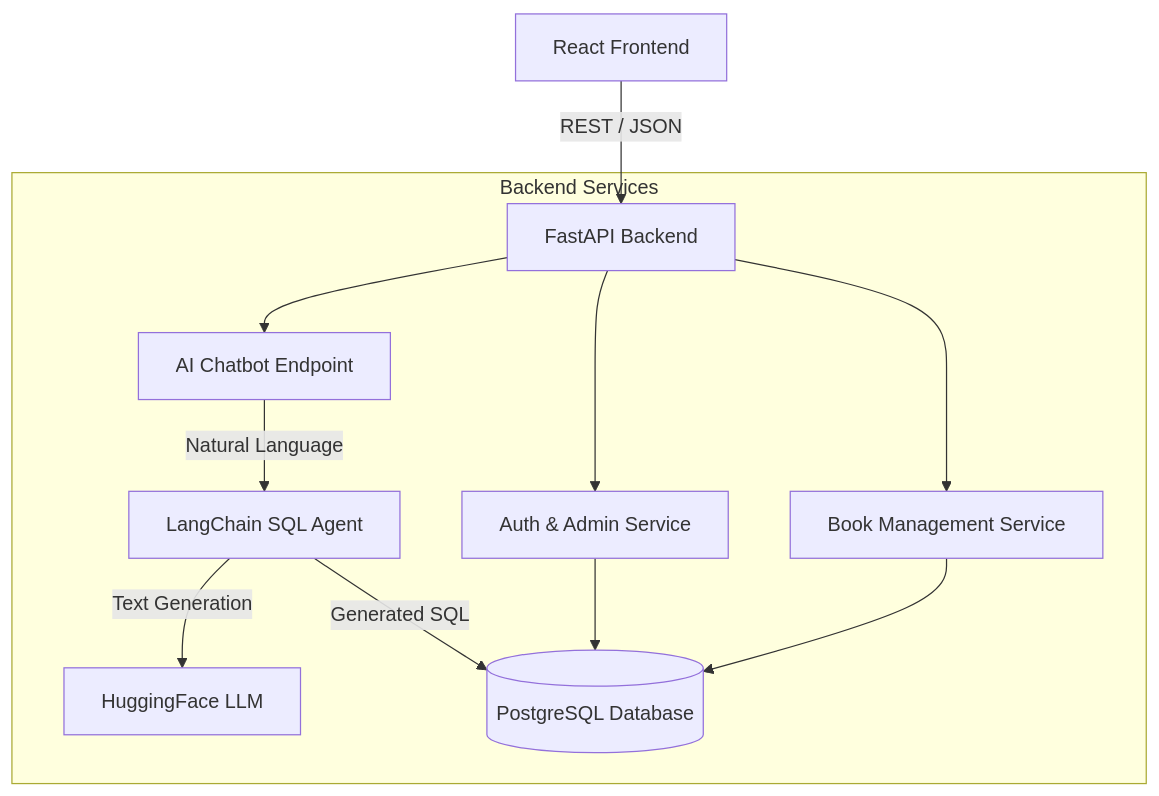
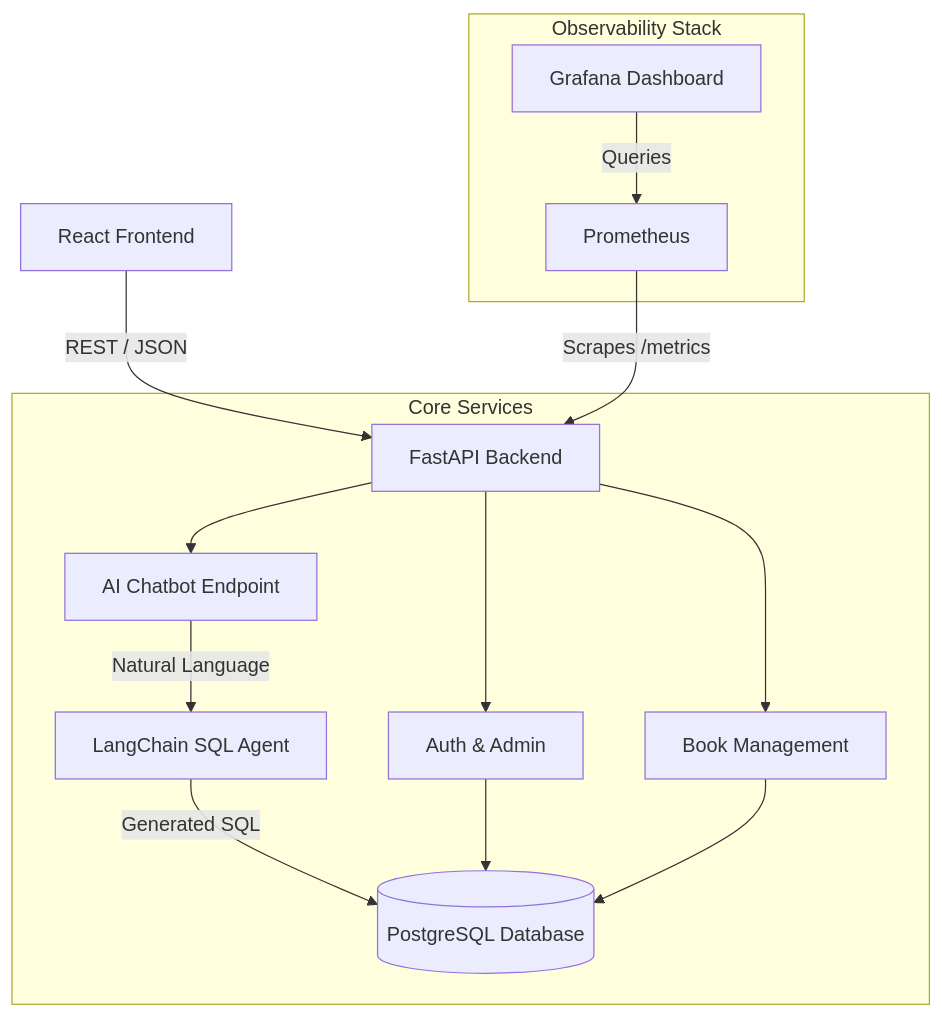
The diagram in README.md (AtmajoBurman/Riku-Library-Digital-Catalog-Assistant), drawn with Mermaid before and after one commit. The commit also changed other lines of this file and 9 other files, not shown here.

Commit message:
feat: add Prometheus & Grafana observability stack and revamp README

````diff
--- a/README.md
+++ b/README.md
@@ -71,17 +59,21 @@
 ```mermaid
 graph TD
     Client[React Frontend] -->|REST / JSON| API[FastAPI Backend]
     
-    subgraph Backend Services
-        API --> Auth[Auth & Admin Service]
-        API --> BookSvc[Book Management Service]
+    subgraph Core Services
+        API --> Auth[Auth & Admin]
+        API --> BookSvc[Book Management]
         API --> Chatbot[AI Chatbot Endpoint]
         
         Chatbot -->|Natural Language| LangChain[LangChain SQL Agent]
-        LangChain -->|Text Generation| HuggingFace[HuggingFace LLM]
         LangChain -->|Generated SQL| DB[(PostgreSQL Database)]
         
         Auth --> DB
         BookSvc --> DB
     end
+
+    subgraph Observability Stack
+        Prometheus[Prometheus] -->|Scrapes /metrics| API
+        Grafana[Grafana Dashboard] -->|Queries| Prometheus
+    end
 ```
````
